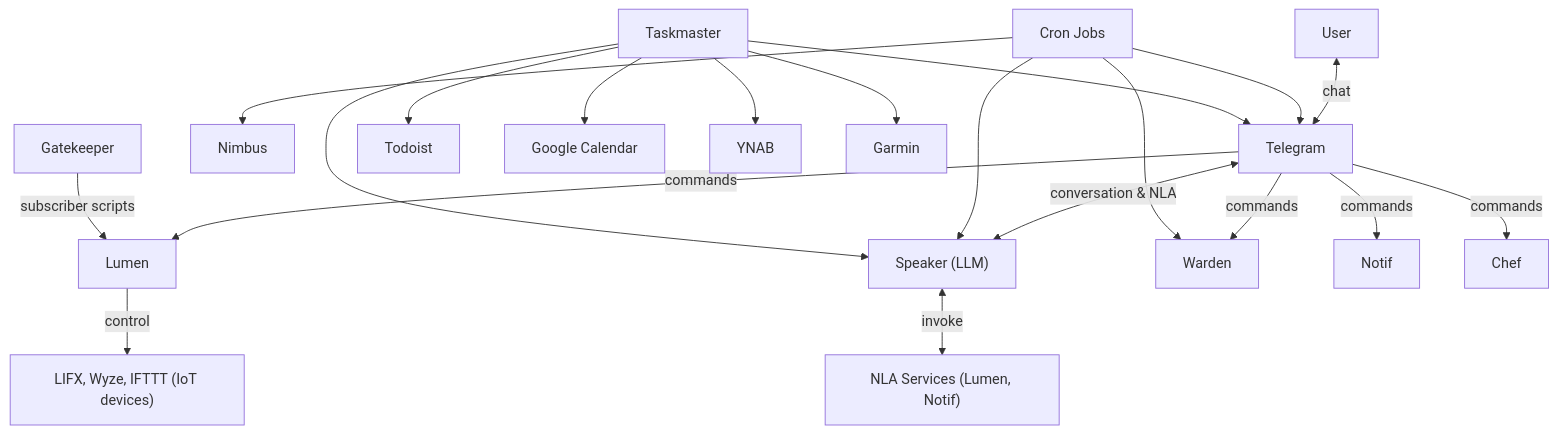
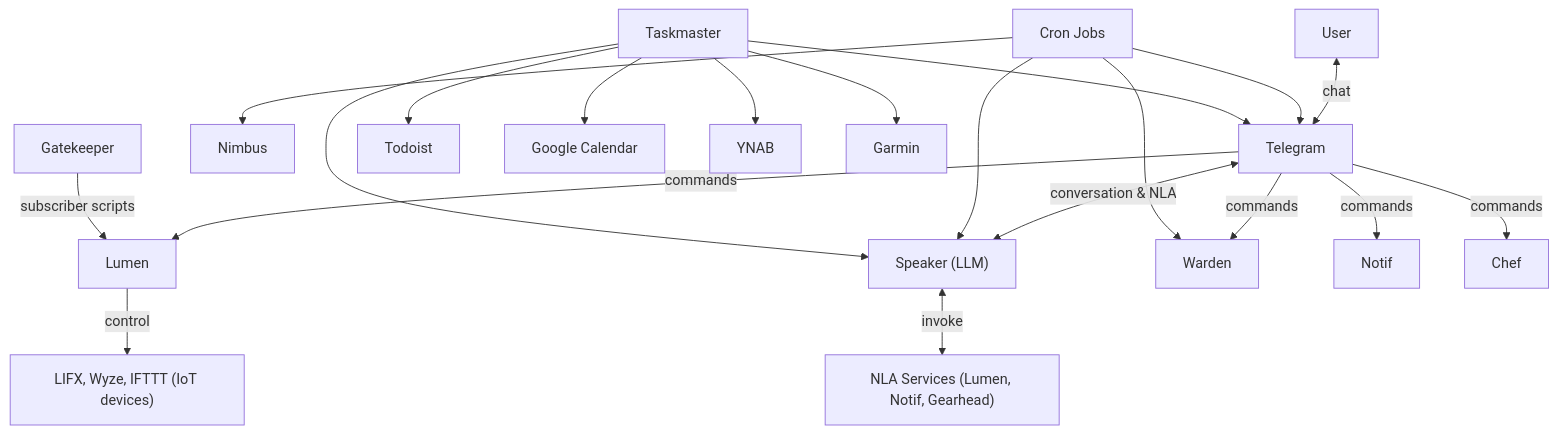
Before and after one commit to cwshugg/dimrod: the diagram in docs/services/README.md, drawn with Mermaid. The commit also changed other lines of this file and 12 other files, not shown here.

````diff
--- a/docs/services/README.md
+++ b/docs/services/README.md
@@ -27,22 +28,22 @@
 ```mermaid
 graph TD
     User <-->|chat| Telegram
     Telegram <-->|conversation & NLA| Speaker["Speaker (LLM)"]
-    Speaker <-->|invoke| NLA["NLA Services (Lumen, Notif)"]
+    Speaker <-->|invoke| NLA["NLA Services (Lumen, Notif, Gearhead)"]
     Telegram -->|commands| Lumen
     Telegram -->|commands| Warden
     Telegram -->|commands| Notif
     Telegram -->|commands| Chef
     Lumen -->|control| IoT["LIFX, Wyze, IFTTT (IoT devices)"]
     Cron["Cron Jobs"] --> Nimbus
     Cron --> Warden
     Cron --> Telegram
     Cron --> Speaker
     Gatekeeper -->|subscriber scripts| Lumen
     Taskmaster --> Todoist
     Taskmaster --> GoogleCal["Google Calendar"]
     Taskmaster --> YNAB
     Taskmaster --> Garmin
     Taskmaster --> Speaker
     Taskmaster --> Telegram
 ```
````
